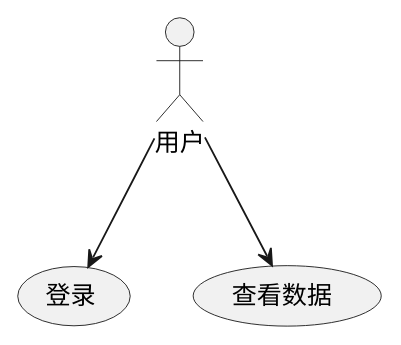
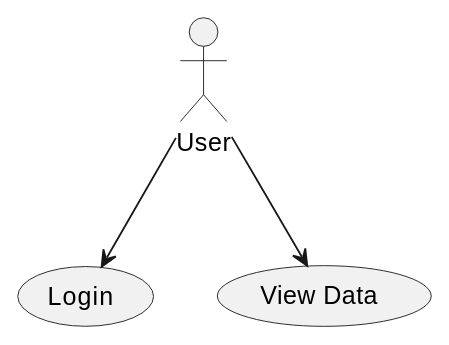
Before and after one commit to GOODDAYDAY/my-skills: the first of 5 diagrams in _shared/plantuml.md, drawn with PlantUML. The commit also changed other lines of this file and 18 other files, not shown here.

````diff
--- a/_shared/plantuml.md
+++ b/_shared/plantuml.md
@@ -51,7 +83,7 @@
 ```plantuml
 @startuml
-actor 用户
-用户 --> (登录)
-用户 --> (查看数据)
+actor User
+User --> (Login)
+User --> (View Data)
 @enduml
 ```
````
